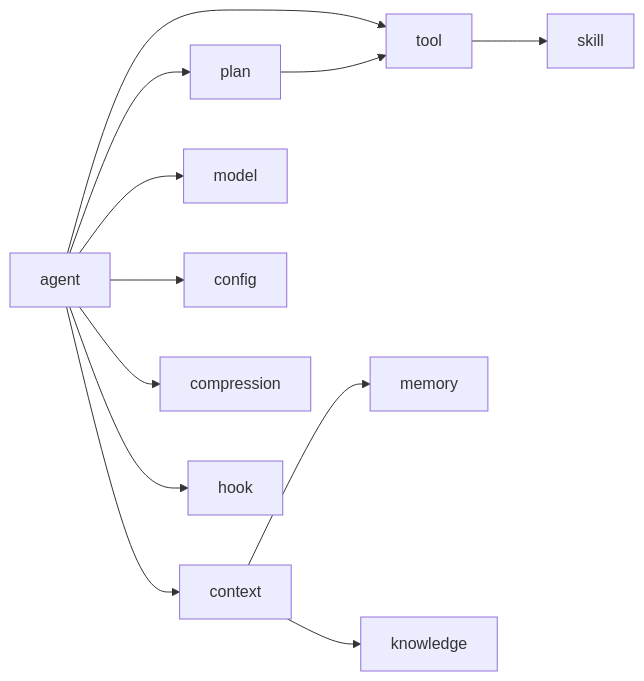
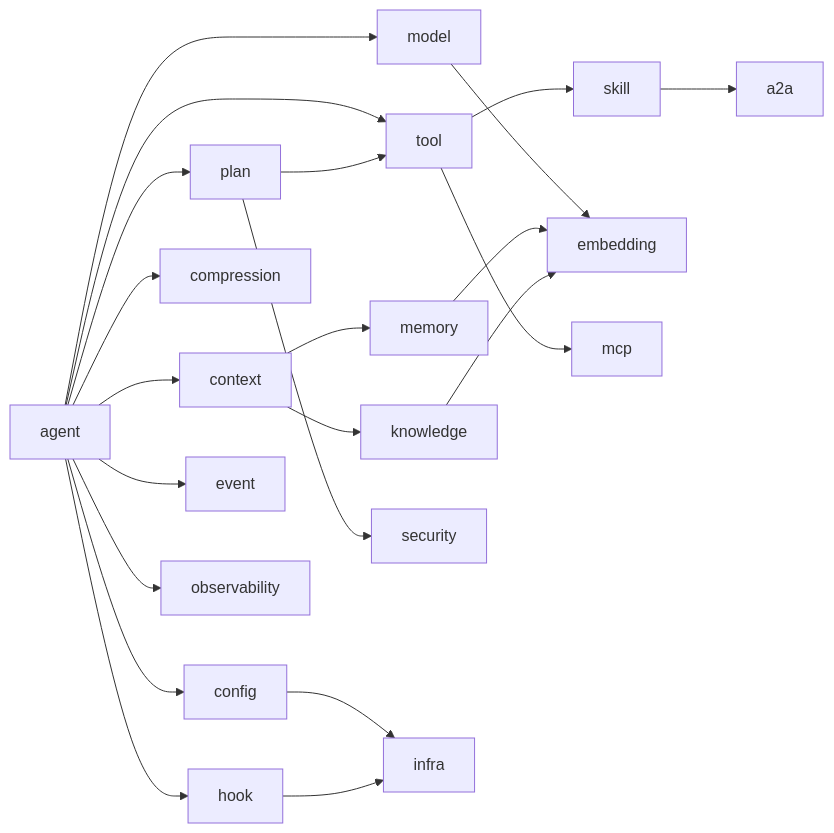
The third of 13 diagrams in docs/DARE_FRAMEWORK_DESIGN.md (clowder-labs/Deterministic-Agent-Runtime-Engine), drawn with Mermaid before and after one commit. The commit also changed other lines of this file, not shown here.

````diff
--- a/docs/DARE_FRAMEWORK_DESIGN.md
+++ b/docs/DARE_FRAMEWORK_DESIGN.md
@@ -87,26 +87,43 @@
 ```mermaid
 flowchart LR
     agent[agent]
     plan[plan]
     context[context]
     model[model]
     tool[tool]
     config[config]
     memory[memory]
     knowledge[knowledge]
     skill[skill]
     compression[compression]
     hook[hook]
+    event[event]
+    embedding[embedding]
+    mcp[mcp]
+    a2a[a2a]
+    observability[observability]
+    security[security]
+    infra[infra]
 
     agent --> plan
     agent --> context
     agent --> model
     agent --> tool
     agent --> config
     agent --> compression
     agent --> hook
+    agent --> event
+    agent --> observability
     context --> memory
     context --> knowledge
     plan --> tool
+    plan --> security
     tool --> skill
+    tool --> mcp
+    model --> embedding
+    memory --> embedding
+    knowledge --> embedding
+    config --> infra
+    hook --> infra
+    skill --> a2a
 ```
````
